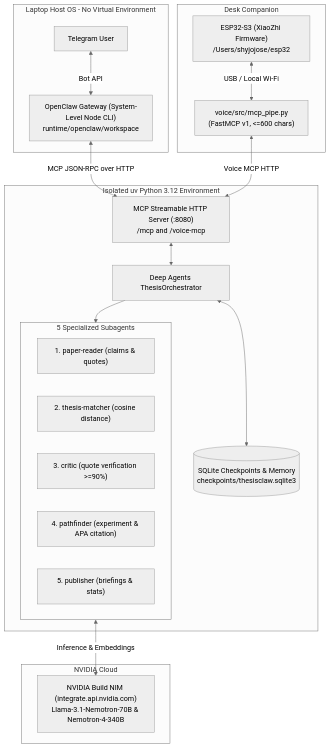
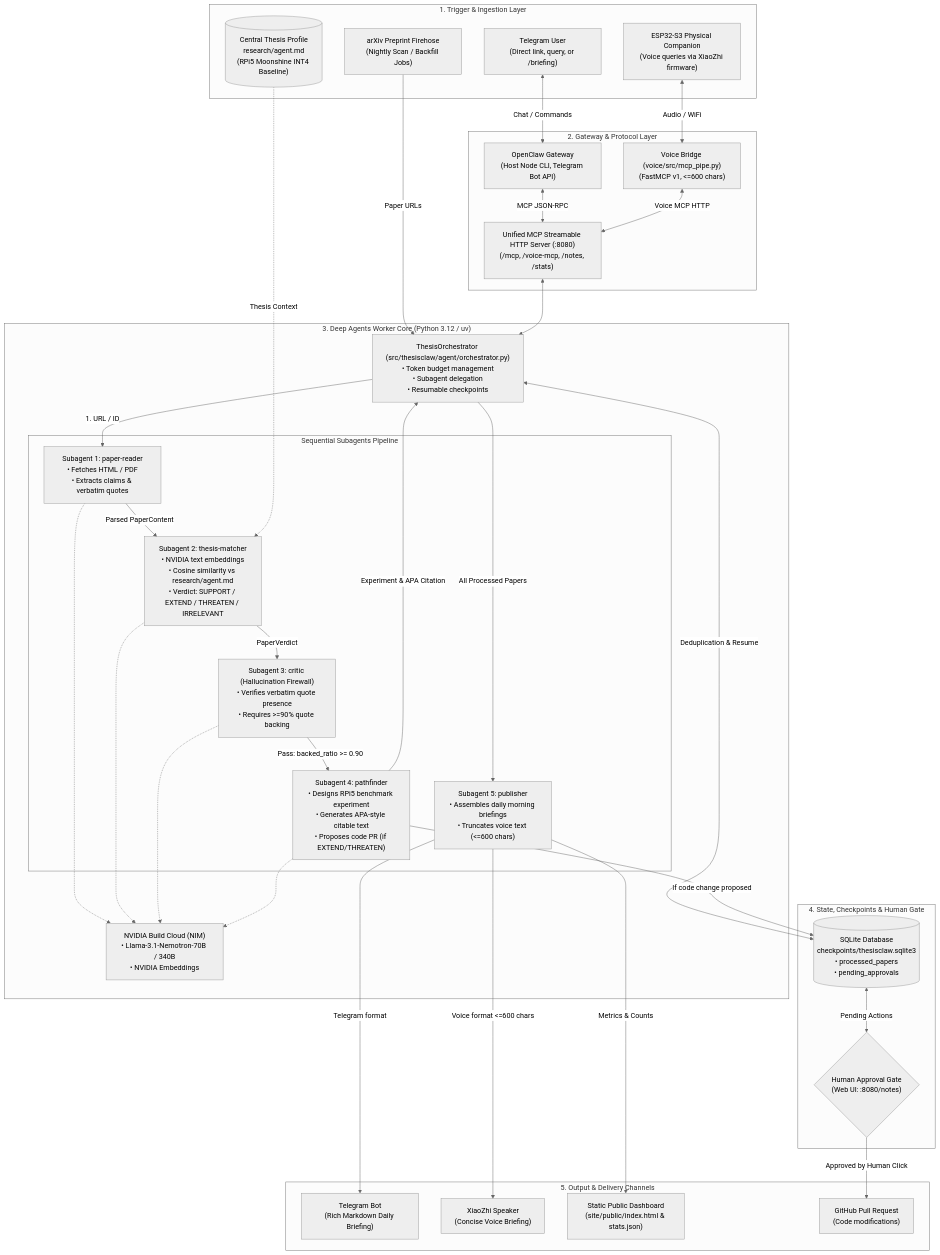
Before and after one commit to Shyjojose/hackathon: the diagram in README.md, drawn with Mermaid (neutral theme). The commit also changed other lines of this file, not shown here.

Commit message:
docs: expand README with deep agents subagents architecture

````diff
--- a/README.md
+++ b/README.md
@@ -47,39 +51,80 @@
 ```mermaid
 flowchart TD
-    subgraph Host Laptop Environment [Laptop Host OS - No Virtual Environment]
-        OpenClaw["OpenClaw Gateway (System-Level Node CLI)<br>runtime/openclaw/workspace"]
-        UserTG["Telegram User"] <-->|Bot API| OpenClaw
+    %% Trigger & Input Sources
+    subgraph Ingestion ["1. Trigger & Ingestion Layer"]
+        Arxiv["arXiv Preprint Firehose<br>(Nightly Scan / Backfill Jobs)"]
+        UserTG["Telegram User<br>(Direct link, query, or /briefing)"]
+        XiaoZhi["ESP32-S3 Physical Companion<br>(Voice queries via XiaoZhi firmware)"]
+        ThesisMemory[("Central Thesis Profile<br>research/agent.md<br>(RPi5 Moonshine INT4 Baseline)")]
     end
 
-    subgraph Worker Runtime [Isolated uv Python 3.12 Environment]
-        MCPServer["MCP Streamable HTTP Server (:8080)<br>/mcp and /voice-mcp"]
-        Orchestrator["Deep Agents ThesisOrchestrator"]
-        
-        subgraph Subagents [5 Specialized Subagents]
-            Reader["1. paper-reader (claims & quotes)"]
-            Matcher["2. thesis-matcher (cosine distance)"]
-            Critic["3. critic (quote verification >=90%)"]
-            Pathfinder["4. pathfinder (experiment & APA citation)"]
-            Publisher["5. publisher (briefings & stats)"]
-        end
-        
-        Storage[("SQLite Checkpoints & Memory<br>checkpoints/thesisclaw.sqlite3")]
+    %% Gateway & Interface Layer
+    subgraph Gateways ["2. Gateway & Protocol Layer"]
+        OpenClaw["OpenClaw Gateway<br>(Host Node CLI, Telegram Bot API)"]
+        VoiceBridge["Voice Bridge (voice/src/mcp_pipe.py)<br>(FastMCP v1, <=600 chars)"]
+        MCPServer["Unified MCP Streamable HTTP Server (:8080)<br>(/mcp, /voice-mcp, /notes, /stats)"]
     end
 
-    subgraph Edge Hardware [Desk Companion]
-        ESP32["ESP32-S3 (XiaoZhi Firmware)<br>/Users/shyjojose/esp32"]
-        VoiceBridge["voice/src/mcp_pipe.py<br>(FastMCP v1, <=600 chars)"]
-        ESP32 <-->|USB / Local Wi-Fi| VoiceBridge
+    %% Deep Agents Core Orchestration
+    subgraph DeepAgentsCore ["3. Deep Agents Worker Core (Python 3.12 / uv)"]
+        Orch["ThesisOrchestrator (src/thesisclaw/agent/orchestrator.py)<br>• Token budget management<br>• Subagent delegation<br>• Resumable checkpoints"]
+
+        subgraph Subagents ["Sequential Subagents Pipeline"]
+            Reader["Subagent 1: paper-reader<br>• Fetches HTML / PDF<br>• Extracts claims & verbatim quotes"]
+            Matcher["Subagent 2: thesis-matcher<br>• NVIDIA text embeddings<br>• Cosine similarity vs research/agent.md<br>• Verdict: SUPPORT / EXTEND / THREATEN / IRRELEVANT"]
+            Critic["Subagent 3: critic (Hallucination Firewall)<br>• Verifies verbatim quote presence<br>• Requires >=90% quote backing"]
+            Pathfinder["Subagent 4: pathfinder<br>• Designs RPi5 benchmark experiment<br>• Generates APA-style citable text<br>• Proposes code PR (if EXTEND/THREATEN)"]
+            Publisher["Subagent 5: publisher<br>• Assembles daily morning briefings<br>• Truncates voice text (<=600 chars)"]
+        end
+
+        NIM["NVIDIA Build Cloud (NIM)<br>• Llama-3.1-Nemotron-70B / 340B<br>• NVIDIA Embeddings"]
     end
 
-    subgraph NVIDIA Cloud
-        NIM["NVIDIA Build NIM (integrate.api.nvidia.com)<br>Llama-3.1-Nemotron-70B & Nemotron-4-340B"]
+    %% Storage & Gate
+    subgraph Persistence ["4. State, Checkpoints & Human Gate"]
+        DB[("SQLite Database<br>checkpoints/thesisclaw.sqlite3<br>• processed_papers<br>• pending_approvals")]
+        HumanGate{"Human Approval Gate<br>(Web UI: :8080/notes)"}
     end
 
-    OpenClaw <-->|MCP JSON-RPC over HTTP| MCPServer
+    %% Delivery Channels
+    subgraph Delivery ["5. Output & Delivery Channels"]
+        TGBot["Telegram Bot<br>(Rich Markdown Daily Briefing)"]
+        VoiceAudio["XiaoZhi Speaker<br>(Concise Voice Briefing)"]
+        JudgeSite["Static Public Dashboard<br>(site/public/index.html & stats.json)"]
+        GitHubPR["GitHub Pull Request<br>(Code modifications)"]
+    end
+
+    %% Connections
+    Arxiv -->|Paper URLs| Orch
+    UserTG <-->|Chat / Commands| OpenClaw
+    XiaoZhi <-->|Audio / WiFi| VoiceBridge
+    
+    OpenClaw <-->|MCP JSON-RPC| MCPServer
     VoiceBridge <-->|Voice MCP HTTP| MCPServer
-    MCPServer <--> Orchestrator
-    Orchestrator --> Subagents
-    Orchestrator <--> Storage
-    Subagents <-->|Inference & Embeddings| NIM
+    MCPServer <--> Orch
+
+    Orch -->|1. URL / ID| Reader
+    Reader -->|Parsed PaperContent| Matcher
+    ThesisMemory -.->|Thesis Context| Matcher
+    Matcher -->|PaperVerdict| Critic
+    Critic -->|Pass: backed_ratio >= 0.90| Pathfinder
+    Pathfinder -->|Experiment & APA Citation| Orch
+    Orch -->|All Processed Papers| Publisher
+
+    %% NVIDIA LLM calls
+    Reader -.-> NIM
+    Matcher -.-> NIM
+    Critic -.-> NIM
+    Pathfinder -.-> NIM
+
+    %% Checkpoints & Approvals
+    Orch <-->|Deduplication & Resume| DB
+    Pathfinder -->|If code change proposed| DB
+    DB <-->|Pending Actions| HumanGate
+    HumanGate -->|Approved by Human Click| GitHubPR
+
+    %% Publishing
+    Publisher -->|Telegram format| TGBot
+    Publisher -->|Voice format <=600 chars| VoiceAudio
+    Publisher -->|Metrics & Counts| JudgeSite
 ```
````
